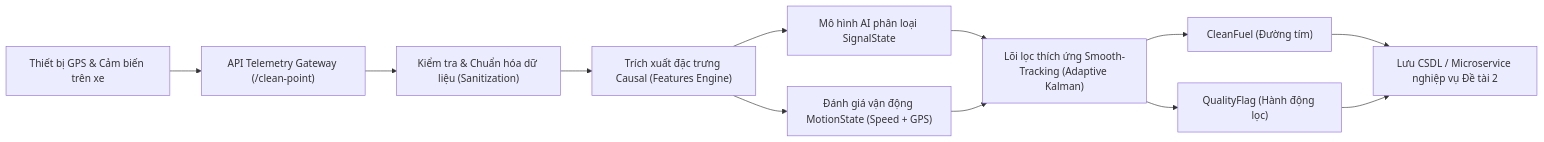
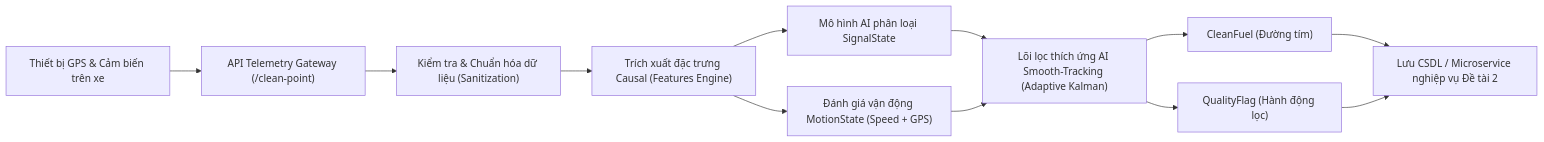
Before and after one commit to HOANGTHI2509/THUCTAP-VICOMSAT-D1: the first of 4 diagrams in README.md, drawn with Mermaid. The commit also changed other lines of this file, not shown here.

Commit message:
docs: dong bo ten goi AI Smooth-Tracking trong so do kien truc README

````diff
--- a/README.md
+++ b/README.md
@@ -46,14 +46,14 @@
 ```mermaid
 flowchart LR
     A["Thiết bị GPS & Cảm biến trên xe"] --> B["API Telemetry Gateway (/clean-point)"]
     B --> C["Kiểm tra & Chuẩn hóa dữ liệu (Sanitization)"]
     C --> D["Trích xuất đặc trưng Causal (Features Engine)"]
     D --> E["Mô hình AI phân loại SignalState"]
     D --> I["Đánh giá vận động MotionState (Speed + GPS)"]
-    E --> F["Lõi lọc thích ứng Smooth-Tracking (Adaptive Kalman)"]
+    E --> F["Lõi lọc thích ứng AI Smooth-Tracking (Adaptive Kalman)"]
     I --> F
     F --> G["CleanFuel (Đường tím)"]
     F --> H["QualityFlag (Hành động lọc)"]
     G --> J["Lưu CSDL / Microservice nghiệp vụ Đề tài 2"]
     H --> J
 ```
````
